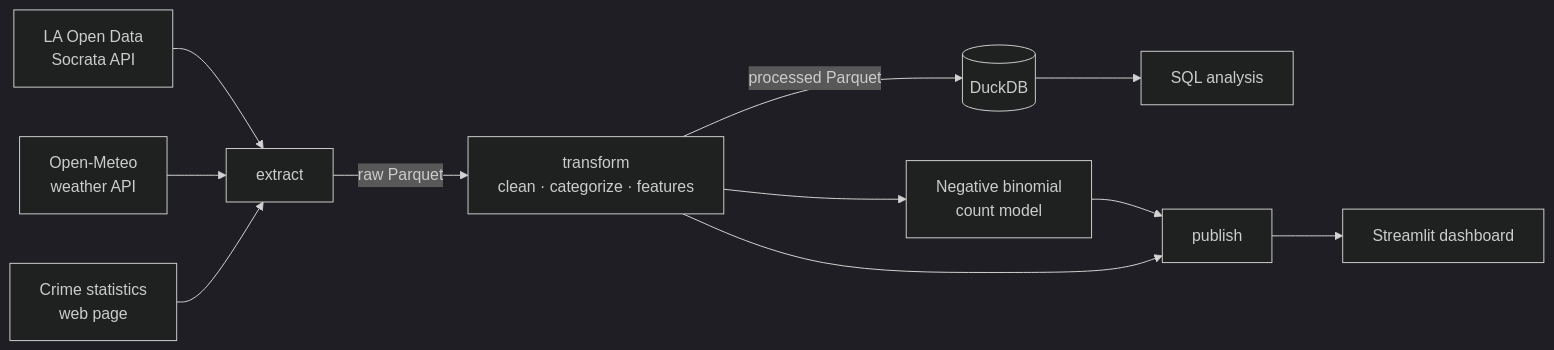
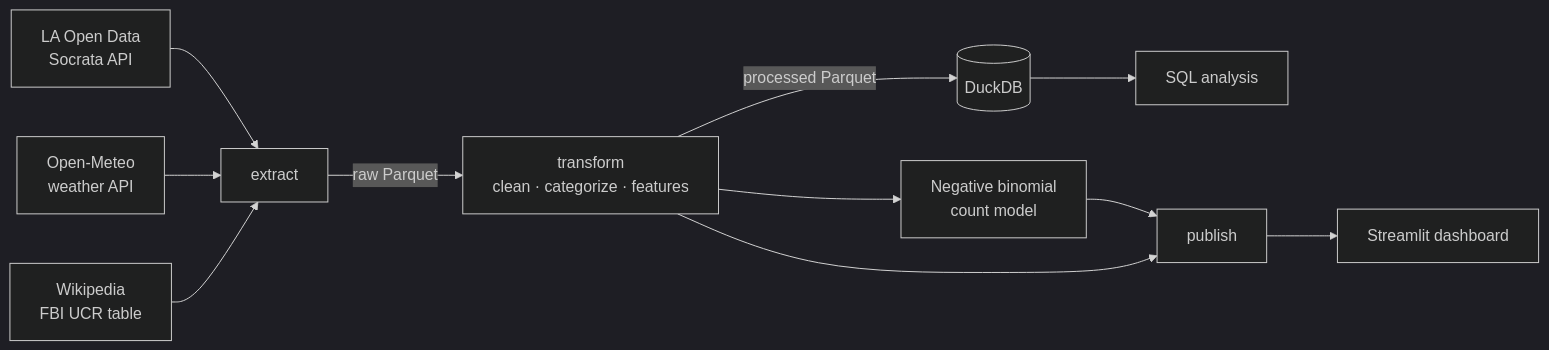
The diagram in README.md (SaraArmengol/la-crime-weather), drawn with Mermaid (dark theme) before and after one commit. The commit also changed other lines of this file and 33 other files, not shown here.

````diff
--- a/README.md
+++ b/README.md
@@ -21,13 +21,13 @@
 ```mermaid
 flowchart LR
     A[LA Open Data<br/>Socrata API] --> E[extract]
     B[Open-Meteo<br/>weather API] --> E
-    C[Crime statistics<br/>web page] --> E
+    C[Wikipedia<br/>FBI UCR table] --> E
     E -->|raw Parquet| T[transform<br/>clean · categorize · features]
     T -->|processed Parquet| L[(DuckDB)]
     L --> S[SQL analysis]
     T --> M[Negative binomial<br/>count model]
     M --> P[publish]
     T --> P
     P --> D[Streamlit dashboard]
 ```
````
